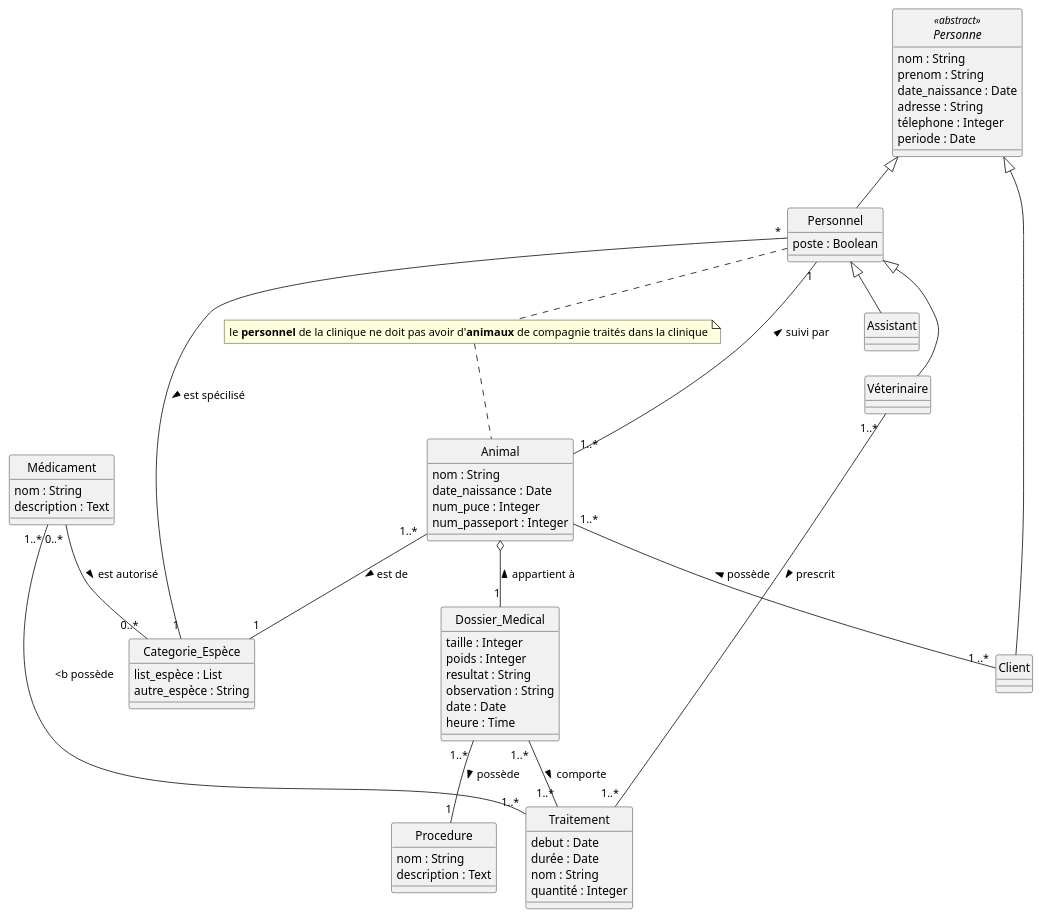
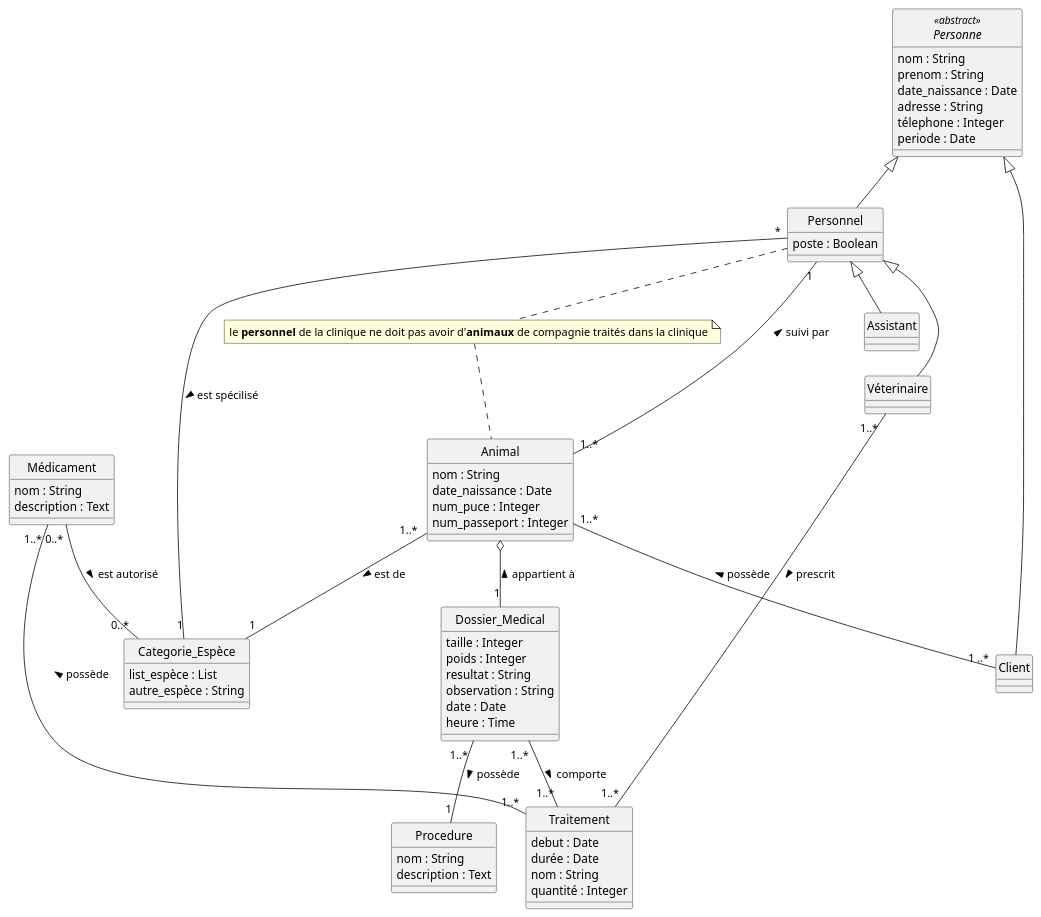
Before and after one commit to eddymonji/Clinique_Veterinaire: the diagram in veto.plantuml, drawn with PlantUML.

Commit message:
Replace veto.plantuml

```diff
--- a/veto.plantuml
+++ b/veto.plantuml
@@ -1,88 +1,88 @@
 @startuml Clinique Véterinaire
 skinparam Style strictuml
 skinparam SequenceMessageAlignment center
 
 abstract class Personne <<abstract>> {
     nom : String 
     prenom : String
     date_naissance : Date
     adresse : String
     télephone : Integer
     periode : Date 
 }
 
 class Personnel {
     poste : Boolean 
 }
 
 class Véterinaire
 
 class Assistant
 
 class Client 
 
 class Animal {
    
     nom : String
     date_naissance : Date 
     num_puce : Integer
     num_passeport : Integer
 }
 
 class Categorie_Espèce{
     list_espèce : List
     autre_espèce : String
 }
 
 class Médicament {
     nom : String
     description : Text
 }
 
 class Traitement {
     debut : Date
     durée : Date 
     nom : String
     quantité : Integer
 
 }
 
 class Dossier_Medical {
     taille : Integer
     poids : Integer
     resultat : String
     observation : String
     date : Date 
     heure : Time 
 }
 
 class Procedure{
     nom : String
     description : Text 
 }
 
 Personne <|-- Personnel
 Personne <|-- Client
 
 Personnel <|-- Assistant
 Personnel <|-- Véterinaire
 Personnel "*" -- "1" Categorie_Espèce : est spécilisé >
 Personnel "1" -- "1..* " Animal : < suivi par
 
 Animal "1..* " -- "1" Categorie_Espèce : est de >
 Animal "1..* " -- "1 ..*" Client : < possède
 Animal o-- "1" Dossier_Medical : < appartient à 
 
 Dossier_Medical "1..* " -- "1..*" Traitement : comporte >
 Dossier_Medical "1..* " -- "1" Procedure : possède >
 
 Véterinaire "1..* " -- "1..*" Traitement : prescrit >
 
-Médicament "1..* " -- "1..*" Traitement : <b possède
+Médicament "1..* " -- "1..*" Traitement : < possède
 Médicament "0..* " -- "0..*" Categorie_Espèce : est autorisé > 
 
 note "le <b>personnel</b> de la clinique ne doit pas avoir d'<b>animaux</b> de compagnie traités dans la clinique" as N1
 Personnel .. N1
 N1 .. Animal
 
 @enduml
```
